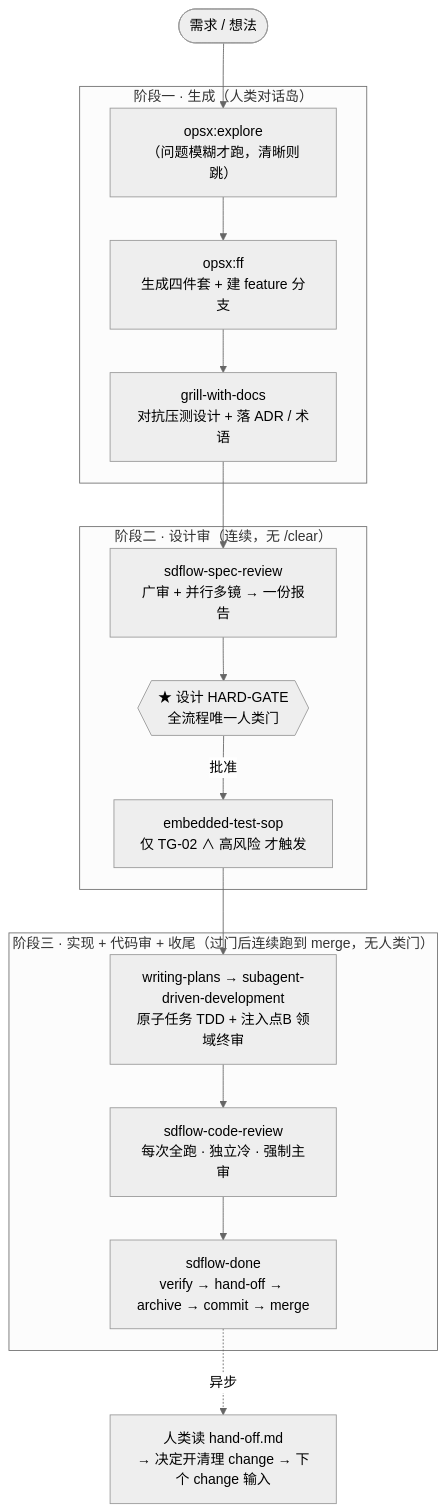
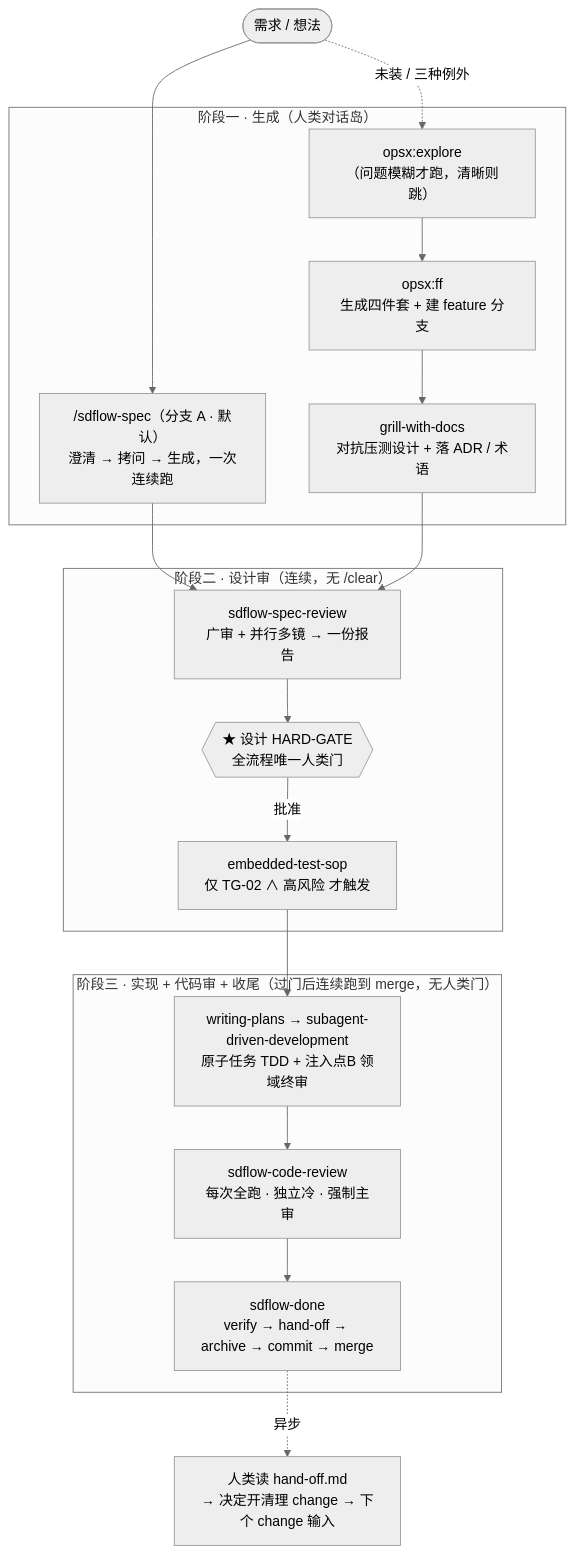
The first of 8 diagrams in docs/workflow-overview.md (laodao-ai/sdflow-skills), drawn with Mermaid (neutral theme) before and after one commit. The commit also changed other lines of this file and 10 other files, not shown here.

````diff
--- a/docs/workflow-overview.md
+++ b/docs/workflow-overview.md
@@ -25,29 +25,32 @@
 ```mermaid
 flowchart TD
-    Start(["需求 / 想法"]) --> A["opsx:explore<br/>（问题模糊才跑，清晰则跳）"]
+    Start(["需求 / 想法"]) --> SP["/sdflow-spec（分支 A · 默认）<br/>澄清 → 拷问 → 生成，一次连续跑"]
+    Start -.未装 / 三种例外.-> A["opsx:explore<br/>（问题模糊才跑，清晰则跳）"]
     A --> B["opsx:ff<br/>生成四件套 + 建 feature 分支"]
     B --> C["grill-with-docs<br/>对抗压测设计 + 落 ADR / 术语"]
+    SP --> D
     C --> D["sdflow-spec-review<br/>广审 + 并行多镜 → 一份报告"]
     D --> E{{"★ 设计 HARD-GATE<br/>全流程唯一人类门"}}
     E -->|批准| F["embedded-test-sop<br/>仅 TG-02 ∧ 高风险 才触发"]
     F --> G["writing-plans → subagent-driven-development<br/>原子任务 TDD + 注入点B 领域终审"]
     G --> H["sdflow-code-review<br/>每次全跑 · 独立冷 · 强制主审"]
     H --> I["sdflow-done<br/>verify → hand-off → archive → commit → merge"]
     I -.异步.-> J["人类读 hand-off.md<br/>→ 决定开清理 change → 下个 change 输入"]
 
     subgraph 阶段一["阶段一 · 生成（人类对话岛）"]
+        SP
         A
         B
         C
     end
     subgraph 阶段二["阶段二 · 设计审（连续，无 /clear）"]
         D
         E
         F
     end
     subgraph 阶段三["阶段三 · 实现 + 代码审 + 收尾（过门后连续跑到 merge，无人类门）"]
         G
         H
         I
     end
 ```
````
